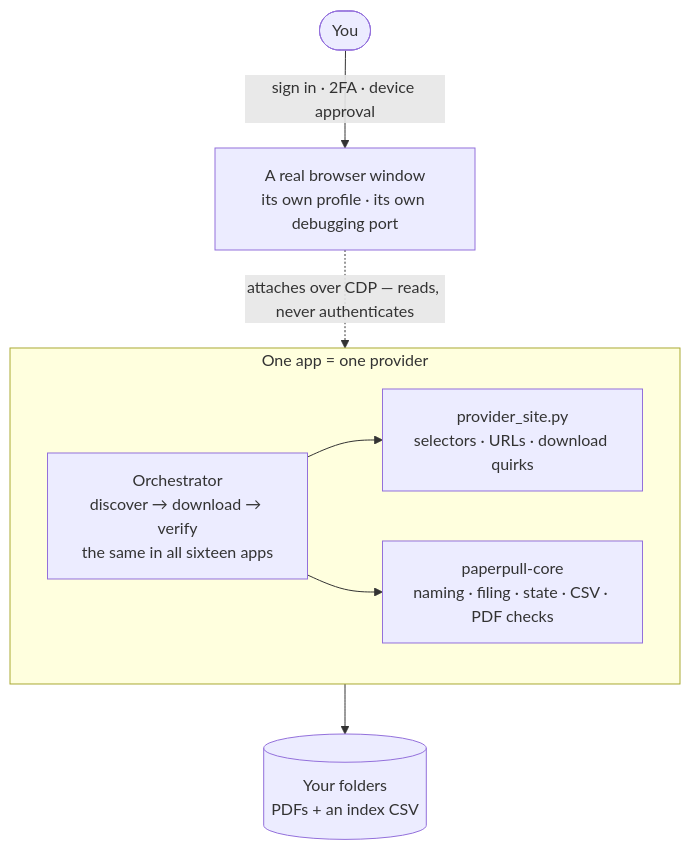
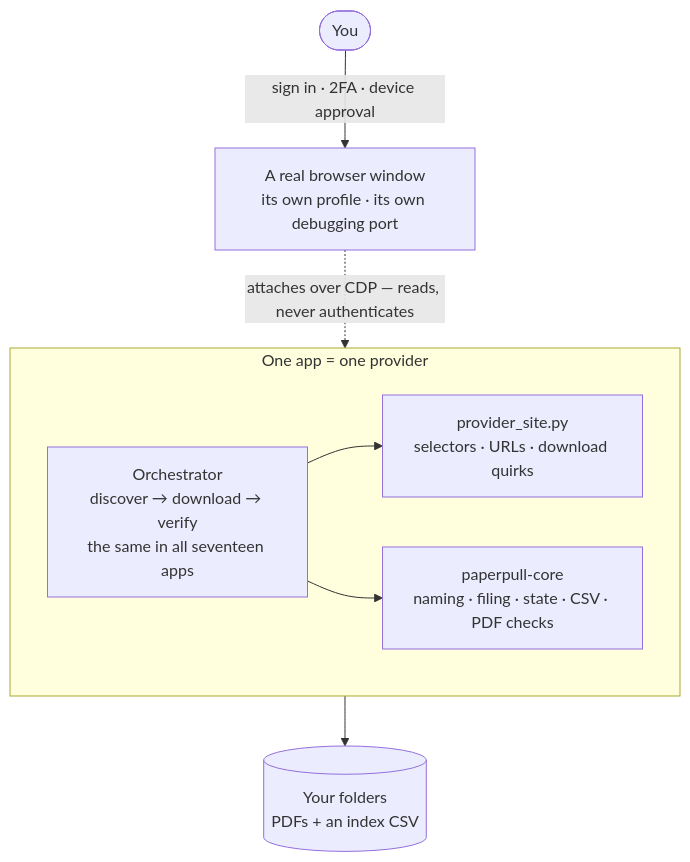
Before and after one commit to rheeloaded/paperpull: the first of 2 diagrams in README.md, drawn with Mermaid. The commit also changed other lines of this file and 5 other files, not shown here.

````diff
--- a/README.md
+++ b/README.md
@@ -50,13 +51,13 @@
 ```mermaid
 flowchart TB
     you(["You"]) -->|"sign in · 2FA · device approval"| br["A real browser window<br/>its own profile · its own debugging port"]
     br -.->|"attaches over CDP — reads, never authenticates"| app
     subgraph app ["One app = one provider"]
-        orch["Orchestrator<br/>discover → download → verify<br/>the same in all sixteen apps"]
+        orch["Orchestrator<br/>discover → download → verify<br/>the same in all seventeen apps"]
         site["provider_site.py<br/>selectors · URLs · download quirks"]
         core["paperpull-core<br/>naming · filing · state · CSV · PDF checks"]
         orch --> site
         orch --> core
     end
     app --> out[("Your folders<br/>PDFs + an index CSV")]
 ```
````
